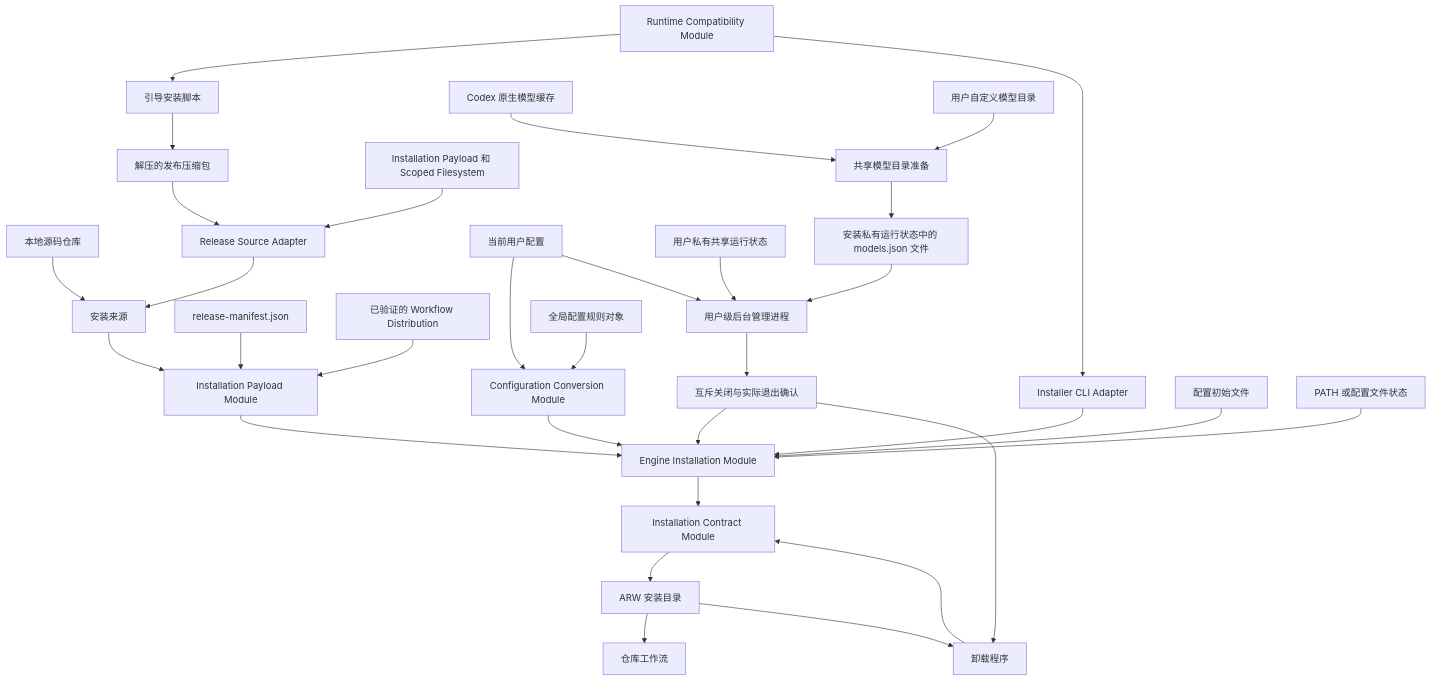
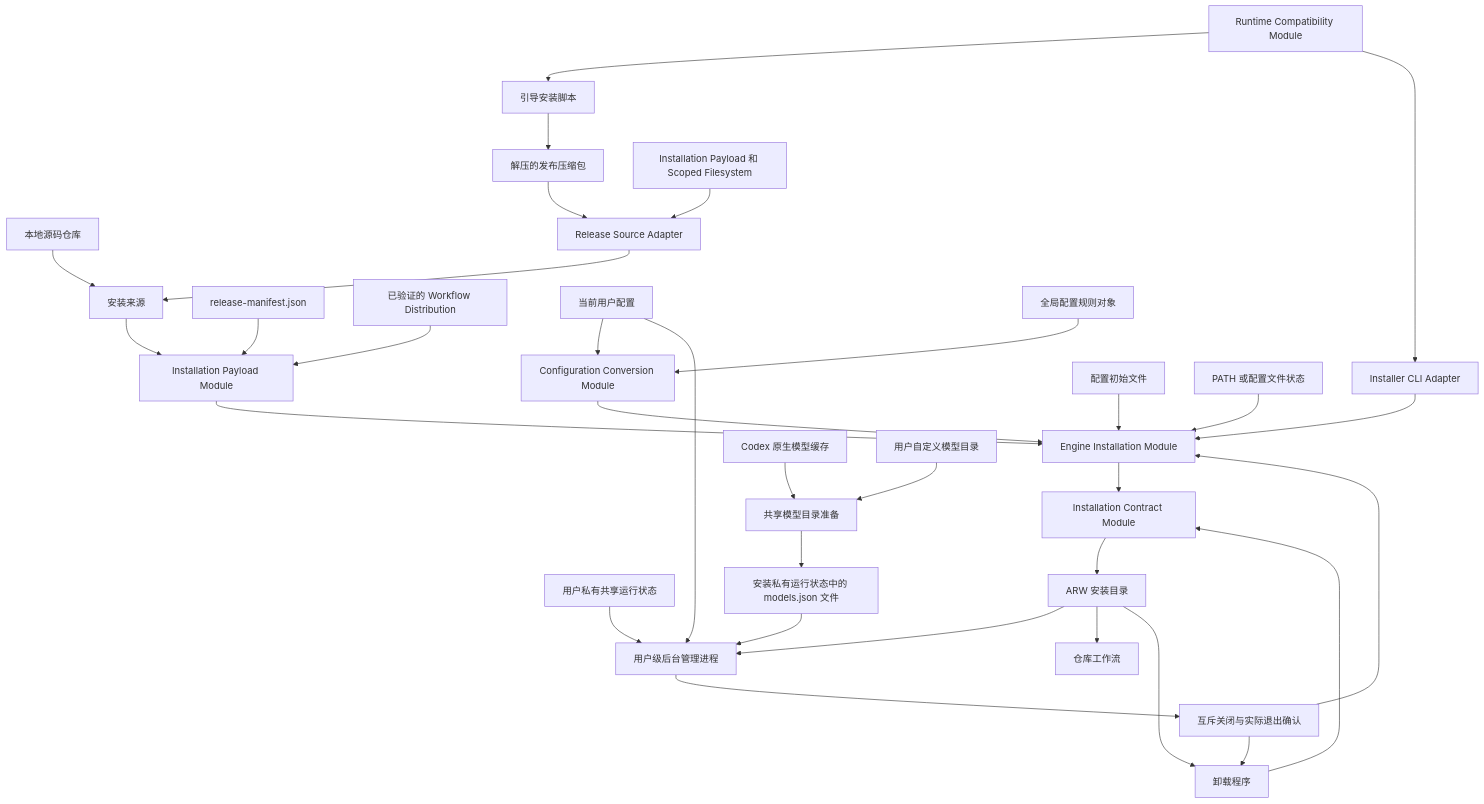
One commit to pellorao/agent-repository-workflow changed the diagram in docs/specs/agent-repository-workflow-installation/spec.md. Above: the diagram before and after it, drawn with Mermaid. The commit also changed other lines of this file and 9 other files, not shown here.

````diff
--- a/docs/specs/agent-repository-workflow-installation/spec.md
+++ b/docs/specs/agent-repository-workflow-installation/spec.md
@@ -426,34 +426,35 @@
 ```mermaid
 flowchart TD
   Bootstrap[引导安装脚本] --> Checkout[解压的发布压缩包]
   Runtime[Runtime Compatibility Module] --> Bootstrap
   Runtime --> Installer[Installer CLI Adapter]
   Installer --> Install
   Local[本地源码仓库] --> Source[安装来源]
   Checkout --> ReleaseSource[Release Source Adapter]
   ReleaseSource --> Source
   ReleaseDependencies[Installation Payload 和 Scoped Filesystem] --> ReleaseSource
   Manifest[release-manifest.json] --> Payload[Installation Payload Module]
   Distribution[已验证的 Workflow Distribution] --> Payload
   Source --> Payload
   Payload --> Install[Engine Installation Module]
   CurrentConfig[当前用户配置] --> Conversion[Configuration Conversion Module]
   CurrentConfig --> BackgroundManager[用户级后台管理进程]
   SharedState[用户私有共享运行状态] --> BackgroundManager
+  Installed --> BackgroundManager
   NativeCatalog[Codex 原生模型缓存] --> SharedCatalog[共享模型目录准备]
   CustomCatalog[用户自定义模型目录] --> SharedCatalog
   SharedCatalog --> GeneratedCatalog[安装私有运行状态中的 models.json 文件]
   GeneratedCatalog --> BackgroundManager
   BackgroundManager --> Quiet[互斥关闭与实际退出确认]
   Quiet --> Install
   Quiet --> Uninstall
   ConfigRules[全局配置规则对象] --> Conversion
   Conversion --> Install
   ConfigSeed[配置初始文件] --> Install
   PathState[PATH 或配置文件状态] --> Install
   Install --> Contract[Installation Contract Module]
   Contract --> Installed[ARW 安装目录]
   Installed --> RepositoryWorkflow[仓库工作流]
   Installed --> Uninstall[卸载程序]
   Uninstall --> Contract
 ```
````
